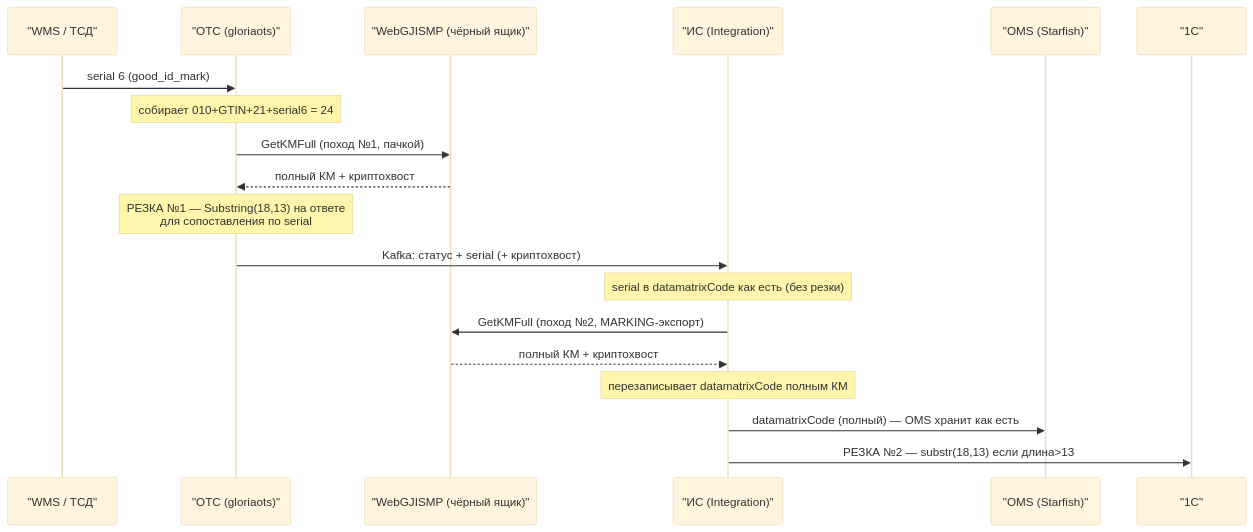
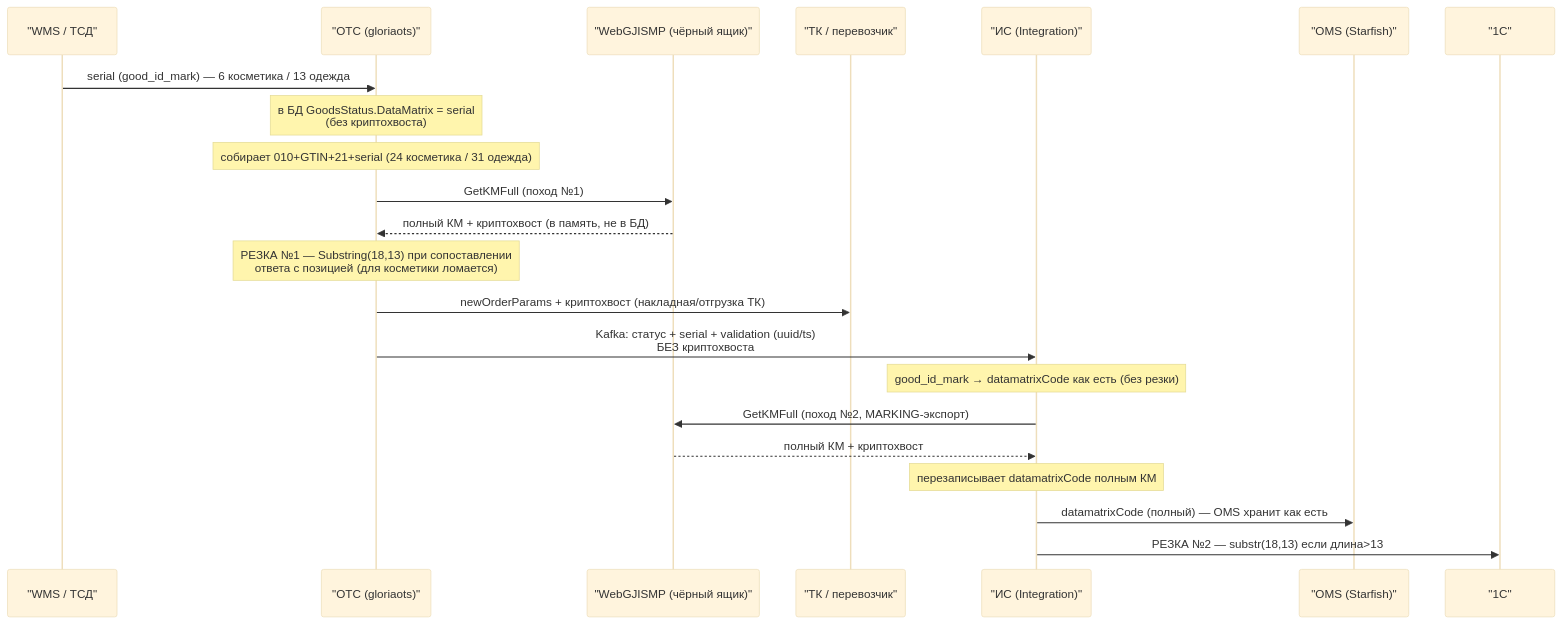
One commit to AntonovAleksandr/orchestration_fraimwork changed the diagram in docs/research/2026-07-01-beauty-marking-process.md. Above: the diagram before and after it, drawn with Mermaid (base theme). The commit also changed other lines of this file and 1 other file, not shown here.

First line of the commit message:
docs: beauty mark → 1C export + artificial 13-char code research

````diff
--- a/docs/research/2026-07-01-beauty-marking-process.md
+++ b/docs/research/2026-07-01-beauty-marking-process.md
@@ -38,22 +38,25 @@
 ```mermaid
 sequenceDiagram
     participant WMS as "WMS / ТСД"
     participant OTS as "ОТС (gloriaots)"
     participant WEB as "WebGJISMP (чёрный ящик)"
+    participant TK as "ТК / перевозчик"
     participant IS as "ИС (Integration)"
     participant OMS as "OMS (Starfish)"
     participant ONEC as "1С"
 
-    WMS->>OTS: serial 6 (good_id_mark)
-    Note over OTS: собирает 010+GTIN+21+serial6 = 24
-    OTS->>WEB: GetKMFull (поход №1, пачкой)
-    WEB-->>OTS: полный КМ + криптохвост
-    Note over OTS: РЕЗКА №1 — Substring(18,13) на ответе<br/>для сопоставления по serial
-    OTS->>IS: Kafka: статус + serial (+ криптохвост)
-    Note over IS: serial в datamatrixCode как есть (без резки)
+    WMS->>OTS: serial (good_id_mark) — 6 косметика / 13 одежда
+    Note over OTS: в БД GoodsStatus.DataMatrix = serial<br/>(без криптохвоста)
+    Note over OTS: собирает 010+GTIN+21+serial (24 косметика / 31 одежда)
+    OTS->>WEB: GetKMFull (поход №1)
+    WEB-->>OTS: полный КМ + криптохвост (в память, не в БД)
+    Note over OTS: РЕЗКА №1 — Substring(18,13) при сопоставлении<br/>ответа с позицией (для косметики ломается)
+    OTS->>TK: newOrderParams + криптохвост (накладная/отгрузка ТК)
+    OTS->>IS: Kafka: статус + serial + validation (uuid/ts)<br/>БЕЗ криптохвоста
+    Note over IS: good_id_mark → datamatrixCode как есть (без резки)
     IS->>WEB: GetKMFull (поход №2, MARKING-экспорт)
     WEB-->>IS: полный КМ + криптохвост
     Note over IS: перезаписывает datamatrixCode полным КМ
     IS->>OMS: datamatrixCode (полный) — OMS хранит как есть
     IS->>ONEC: РЕЗКА №2 — substr(18,13) если длина>13
 ```
````
